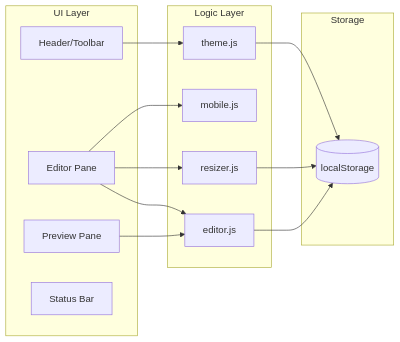
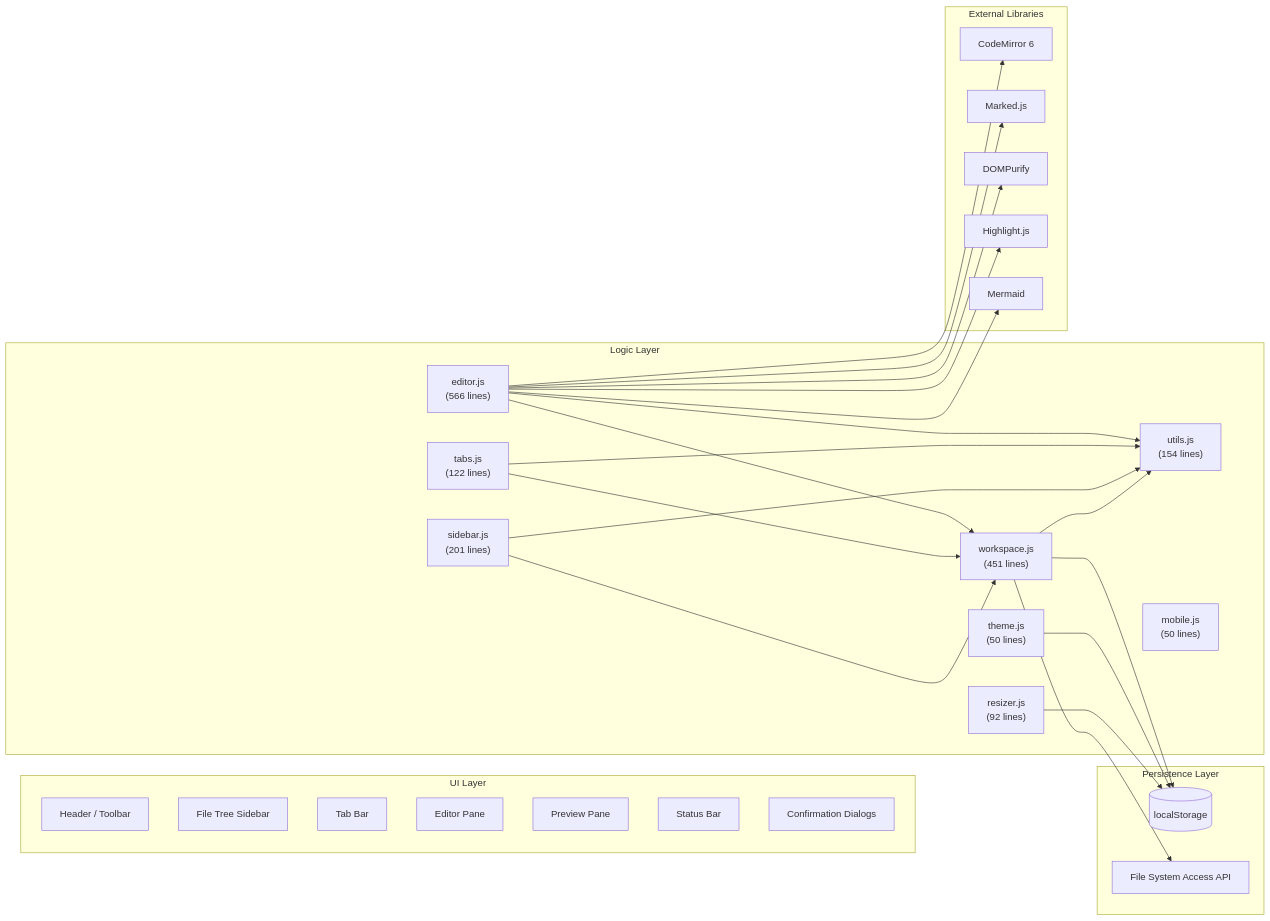
The second of 2 diagrams in README.md (MrImaginatory/MarkShare), drawn with Mermaid before and after one commit. The commit also changed other lines of this file, not shown here.

````diff
--- a/README.md
+++ b/README.md
@@ -282,29 +491,53 @@
 ```mermaid
 flowchart LR
-    subgraph UI Layer
-        Header[Header/Toolbar]
-        Editor[Editor Pane]
-        Preview[Preview Pane]
-        Footer[Status Bar]
+    subgraph UI["UI Layer"]
+        Header[Header / Toolbar]
+        Sidebar[File Tree Sidebar]
+        TabBar[Tab Bar]
+        EditorPane[Editor Pane]
+        PreviewPane[Preview Pane]
+        StatusBar[Status Bar]
+        Dialogs[Confirmation Dialogs]
     end
 
-    subgraph Logic Layer
-        ThemeJS[theme.js]
-        EditorJS[editor.js]
-        ResizerJS[resizer.js]
-        MobileJS[mobile.js]
+    subgraph Logic["Logic Layer"]
+        EditorJS["editor.js\n(566 lines)"]
+        WorkspaceJS["workspace.js\n(451 lines)"]
+        TabsJS["tabs.js\n(122 lines)"]
+        SidebarJS["sidebar.js\n(201 lines)"]
+        UtilsJS["utils.js\n(154 lines)"]
+        ThemeJS["theme.js\n(50 lines)"]
+        ResizerJS["resizer.js\n(92 lines)"]
+        MobileJS["mobile.js\n(50 lines)"]
     end
 
-    subgraph Storage
-        LocalStorage[(localStorage)]
+    subgraph Storage["Persistence Layer"]
+        LS[(localStorage)]
+        FSA[File System Access API]
     end
 
-    Editor --> EditorJS
-    Preview --> EditorJS
-    Header --> ThemeJS
-    Editor --> ResizerJS
-    Editor --> MobileJS
-    EditorJS --> LocalStorage
-    ThemeJS --> LocalStorage
-    ResizerJS --> LocalStorage
+    subgraph External["External Libraries"]
+        CM[CodeMirror 6]
+        Marked[Marked.js]
+        DOMPurify[DOMPurify]
+        HLJS[Highlight.js]
+        Mermaid[Mermaid]
+    end
+
+    EditorJS --> CM
+    EditorJS --> Marked
+    EditorJS --> DOMPurify
+    EditorJS --> HLJS
+    EditorJS --> Mermaid
+    EditorJS --> WorkspaceJS
+    EditorJS --> UtilsJS
+    TabsJS --> WorkspaceJS
+    TabsJS --> UtilsJS
+    SidebarJS --> WorkspaceJS
+    SidebarJS --> UtilsJS
+    WorkspaceJS --> UtilsJS
+    WorkspaceJS --> LS
+    WorkspaceJS --> FSA
+    ThemeJS --> LS
+    ResizerJS --> LS
 ```
````
